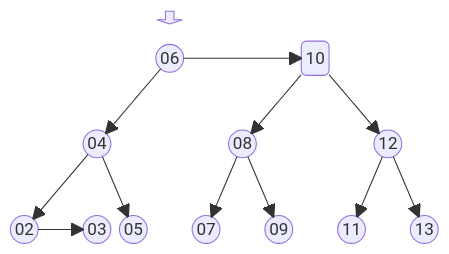
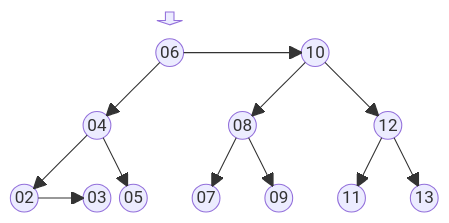
One commit to BenhurUFSM/l226b changed diagram 19 of 19 in Assuntos/arvore-aa.md. Above: the diagram before and after it, drawn with Mermaid. The commit also changed other lines of this file, not shown here.

````diff
--- a/Assuntos/arvore-aa.md
+++ b/Assuntos/arvore-aa.md
@@ -526,21 +492,21 @@
 ```mermaid
 block
 columns 12
 space:4 f<[" "]>(down) space:7
-space:4 r(("06")) space:3 d("10") space:3
+space:4 r(("06")) space:3 d(("10")) space:3
 space:12
 space:2 e(("04")) space:3 de(("08")) space:3 dd(("12")) space
 space:12
 ee(("02")) space eed(("03")) ed(("05")) space dee(("07")) space ded(("09")) space dde(("11")) space ddd(("13"))
 r-->e
 r-->d
 e-->ee
 e-->ed
 ee-->eed
 d-->de
 d-->dd
 de-->dee
 de-->ded
 dd-->dde
 dd-->ddd
 ```
````
